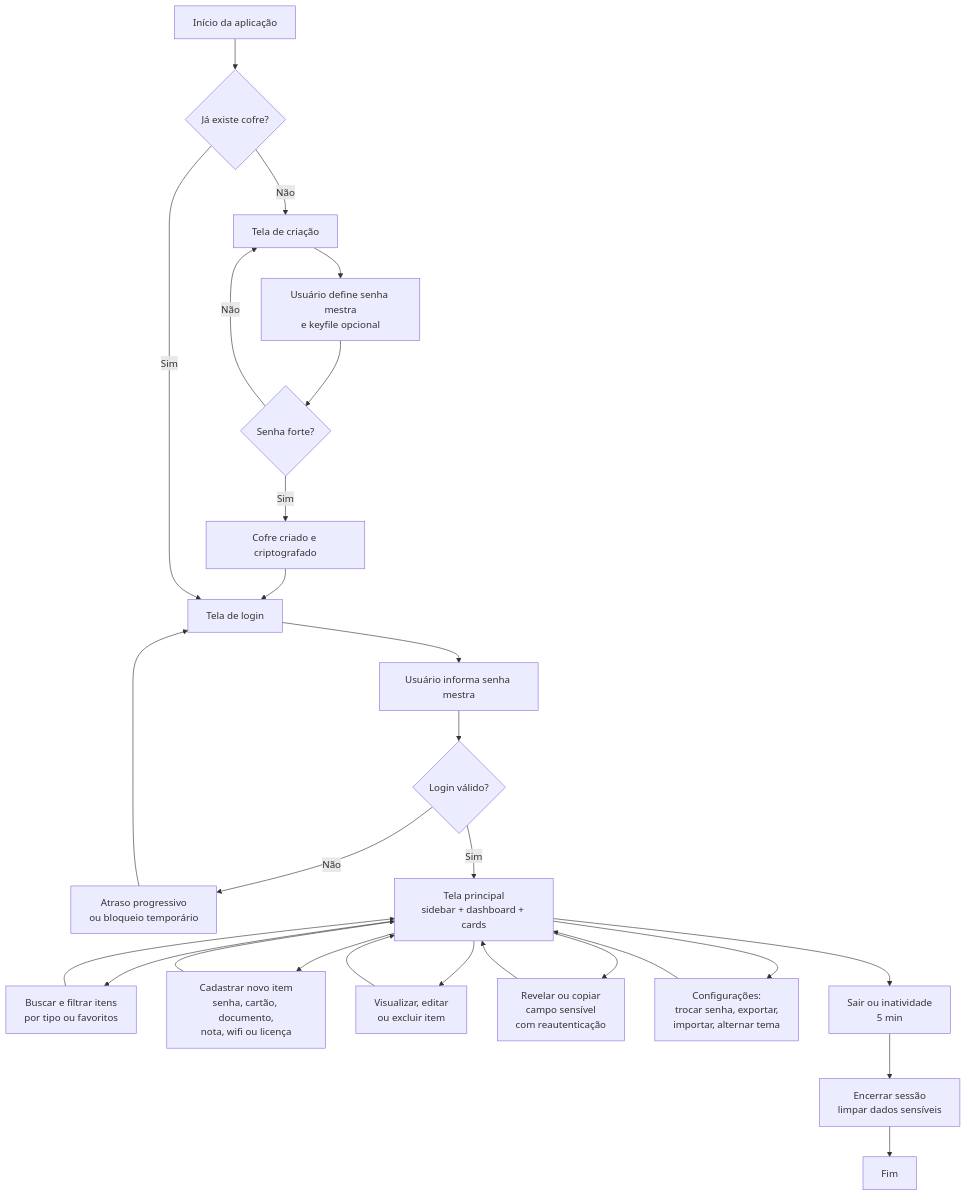
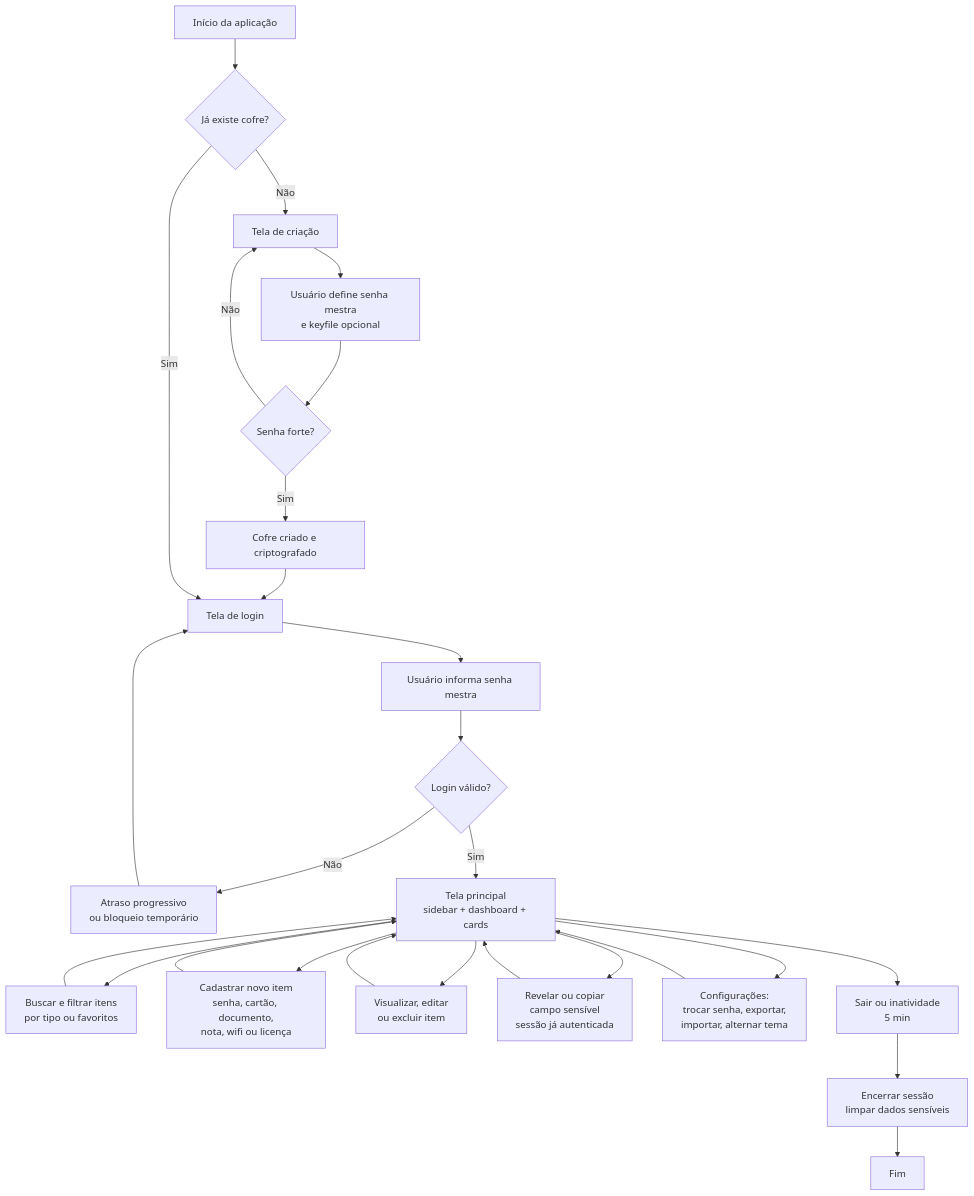
The diagram in docs/fluxograma_simples.md (LCGant/cofre-seguro), drawn with Mermaid before and after one commit.

Commit message:
docs: fluxograma simples — remove reautenticacao no revelar campo
A re-autenticacao foi removida no commit f717c4d (sessao ja autenticada
+ bloqueio automatico de 5 min cobre o risco). O fluxograma ficou
inconsistente com o codigo.

````diff
--- a/docs/fluxograma_simples.md
+++ b/docs/fluxograma_simples.md
@@ -5,35 +5,35 @@
 ```mermaid
 flowchart TD
     A[Início da aplicação] --> B{Já existe cofre?}
 
     B -- Não --> C[Tela de criação]
     C --> D[Usuário define senha mestra<br/>e keyfile opcional]
     D --> E{Senha forte?}
     E -- Não --> C
     E -- Sim --> F[Cofre criado e criptografado]
     F --> G[Tela de login]
 
     B -- Sim --> G
 
     G --> H[Usuário informa senha mestra]
     H --> I{Login válido?}
     I -- Não --> J[Atraso progressivo<br/>ou bloqueio temporário]
     J --> G
     I -- Sim --> K[Tela principal<br/>sidebar + dashboard + cards]
 
     K --> L[Buscar e filtrar itens<br/>por tipo ou favoritos]
     K --> M[Cadastrar novo item<br/>senha, cartão, documento,<br/>nota, wifi ou licença]
     K --> N[Visualizar, editar<br/>ou excluir item]
-    K --> O[Revelar ou copiar<br/>campo sensível<br/>com reautenticação]
+    K --> O[Revelar ou copiar<br/>campo sensível<br/>sessão já autenticada]
     K --> P[Configurações:<br/>trocar senha, exportar,<br/>importar, alternar tema]
     K --> Q[Sair ou inatividade<br/>5 min]
 
     L --> K
     M --> K
     N --> K
     O --> K
     P --> K
 
     Q --> R[Encerrar sessão<br/>limpar dados sensíveis]
     R --> S[Fim]
 ```
````
